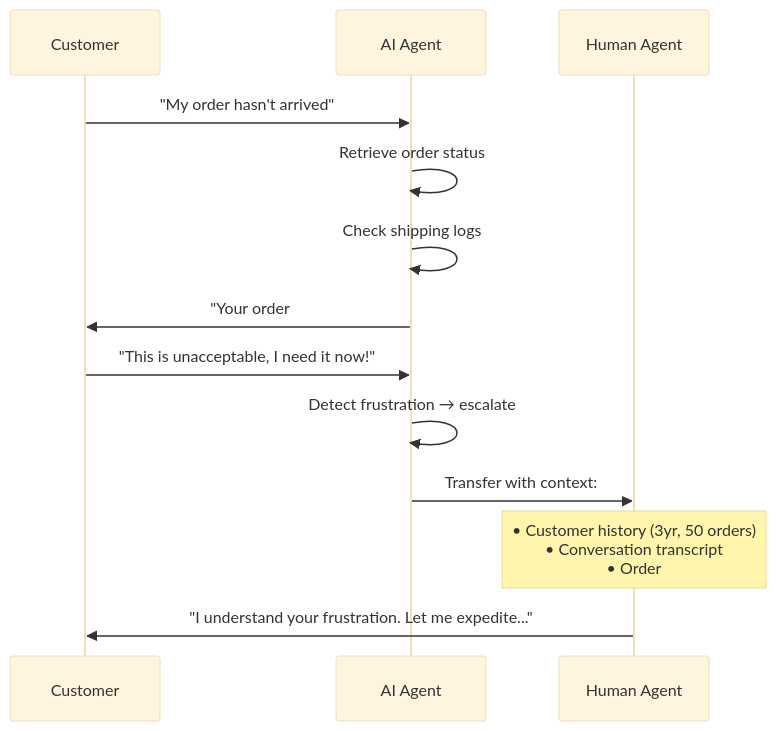
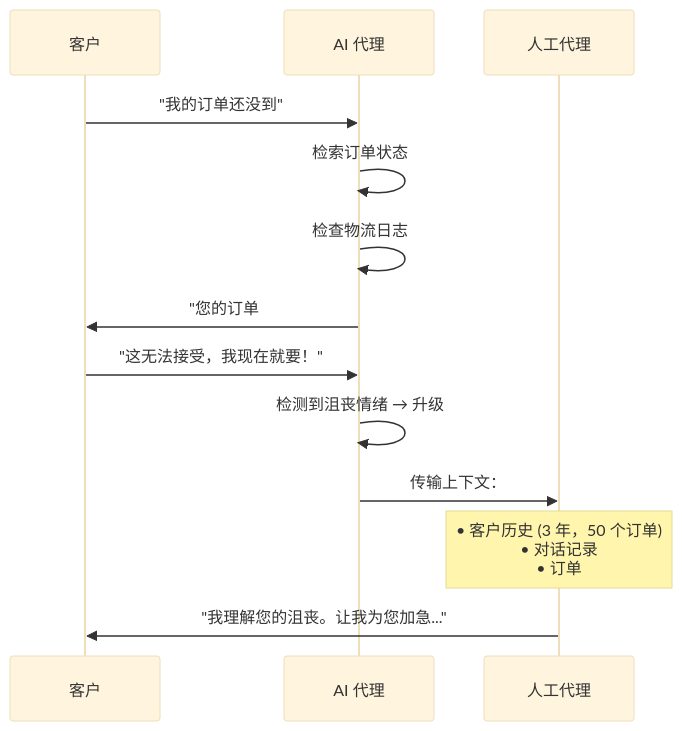
The third of 7 diagrams in i18n/zh/docusaurus-plugin-content-docs/current/architecture.md (stars-labs/ai-driven-customer-service), drawn with Mermaid (base theme) before and after one commit. The commit also changed other lines of this file and 15 other files, not shown here.

````diff
--- a/i18n/zh/docusaurus-plugin-content-docs/current/architecture.md
+++ b/i18n/zh/docusaurus-plugin-content-docs/current/architecture.md
@@ -92,16 +92,16 @@
 ```mermaid
 sequenceDiagram
-    participant Customer
-    participant AI as AI Agent
-    participant Human as Human Agent
+    participant Customer as 客户
+    participant AI as AI 代理
+    participant Human as 人工代理
 
-    Customer->>AI: "My order hasn't arrived"
-    AI->>AI: Retrieve order status
-    AI->>AI: Check shipping logs
-    AI->>Customer: "Your order #12345 shipped Jan 10. Tracking shows delay at hub."
-    Customer->>AI: "This is unacceptable, I need it now!"
-    AI->>AI: Detect frustration → escalate
-    AI->>Human: Transfer with context:
-    Note over Human: • Customer history (3yr, 50 orders)<br/>• Conversation transcript<br/>• Order #12345 status<br/>• AI attempted resolution<br/>• Sentiment: frustrated
-    Human->>Customer: "I understand your frustration. Let me expedite..."
+    Customer->>AI: "我的订单还没到"
+    AI->>AI: 检索订单状态
+    AI->>AI: 检查物流日志
+    AI->>Customer: "您的订单 #12345 已于 1 月 10 日发货。追踪显示在枢纽站延误。"
+    Customer->>AI: "这无法接受，我现在就要！"
+    AI->>AI: 检测到沮丧情绪 → 升级
+    AI->>Human: 传输上下文：
+    Note over Human: • 客户历史 (3 年，50 个订单)<br/>• 对话记录<br/>• 订单 #12345 状态<br/>• AI 尝试的解决方案<br/>• 情绪：沮丧
+    Human->>Customer: "我理解您的沮丧。让我为您加急..."
 ```
````
